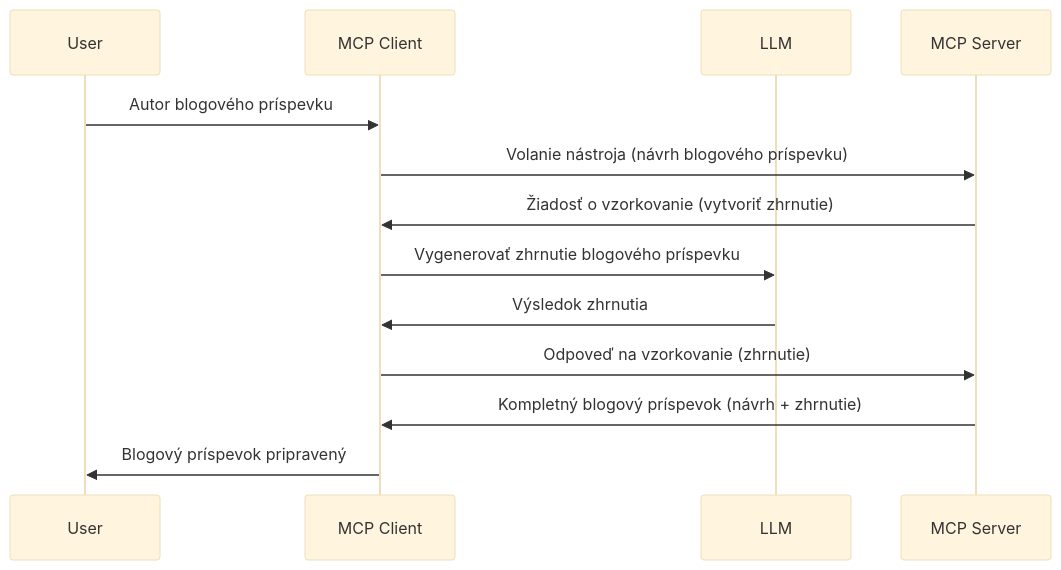
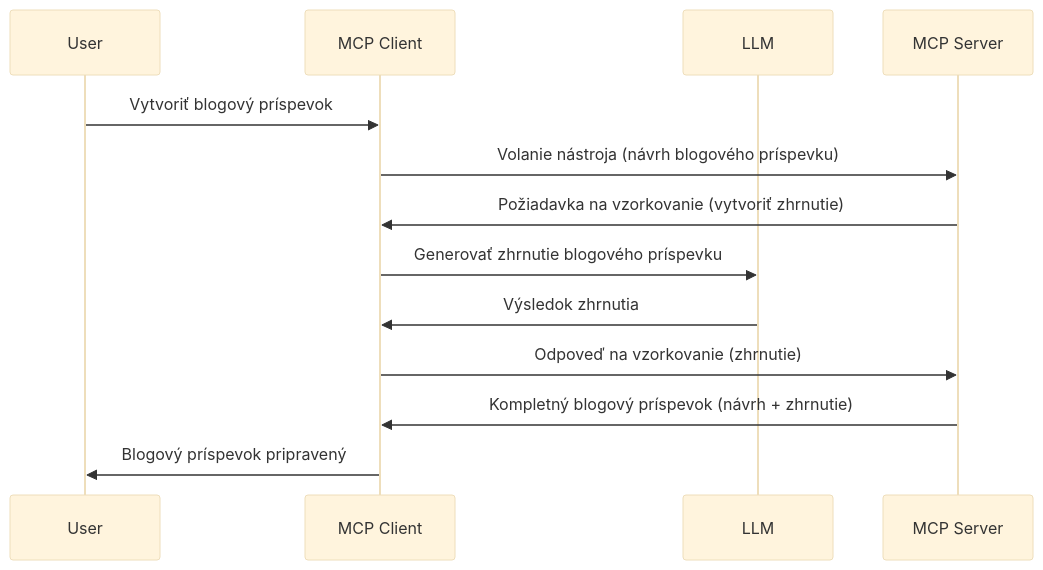
Before and after one commit to HIDORAKAI002/ai-workspace-archive: the diagram in mcp_ecosystem__model_context_protocol/mcp_learning_resources/mcp-for-beginners/translations/sk/03-GettingStarted/14-sampling/README.md, drawn with Mermaid (base theme). The commit also changed other lines of this file and 1539 other files, not shown here.

````diff
--- a/mcp_ecosystem__model_context_protocol/mcp_learning_resources/mcp-for-beginners/translations/sk/03-GettingStarted/14-sampling/README.md
+++ b/mcp_ecosystem__model_context_protocol/mcp_learning_resources/mcp-for-beginners/translations/sk/03-GettingStarted/14-sampling/README.md
@@ -23,16 +23,16 @@
 ```mermaid
 sequenceDiagram
     participant User
     participant MCP Client
     participant LLM
     participant MCP Server
 
-    User->>MCP Client: Autor blogového príspevku
+    User->>MCP Client: Vytvoriť blogový príspevok
     MCP Client->>MCP Server: Volanie nástroja (návrh blogového príspevku)
-    MCP Server->>MCP Client: Žiadosť o vzorkovanie (vytvoriť zhrnutie)
-    MCP Client->>LLM: Vygenerovať zhrnutie blogového príspevku
+    MCP Server->>MCP Client: Požiadavka na vzorkovanie (vytvoriť zhrnutie)
+    MCP Client->>LLM: Generovať zhrnutie blogového príspevku
     LLM->>MCP Client: Výsledok zhrnutia
     MCP Client->>MCP Server: Odpoveď na vzorkovanie (zhrnutie)
     MCP Server->>MCP Client: Kompletný blogový príspevok (návrh + zhrnutie)
     MCP Client->>User: Blogový príspevok pripravený
 ```
````
